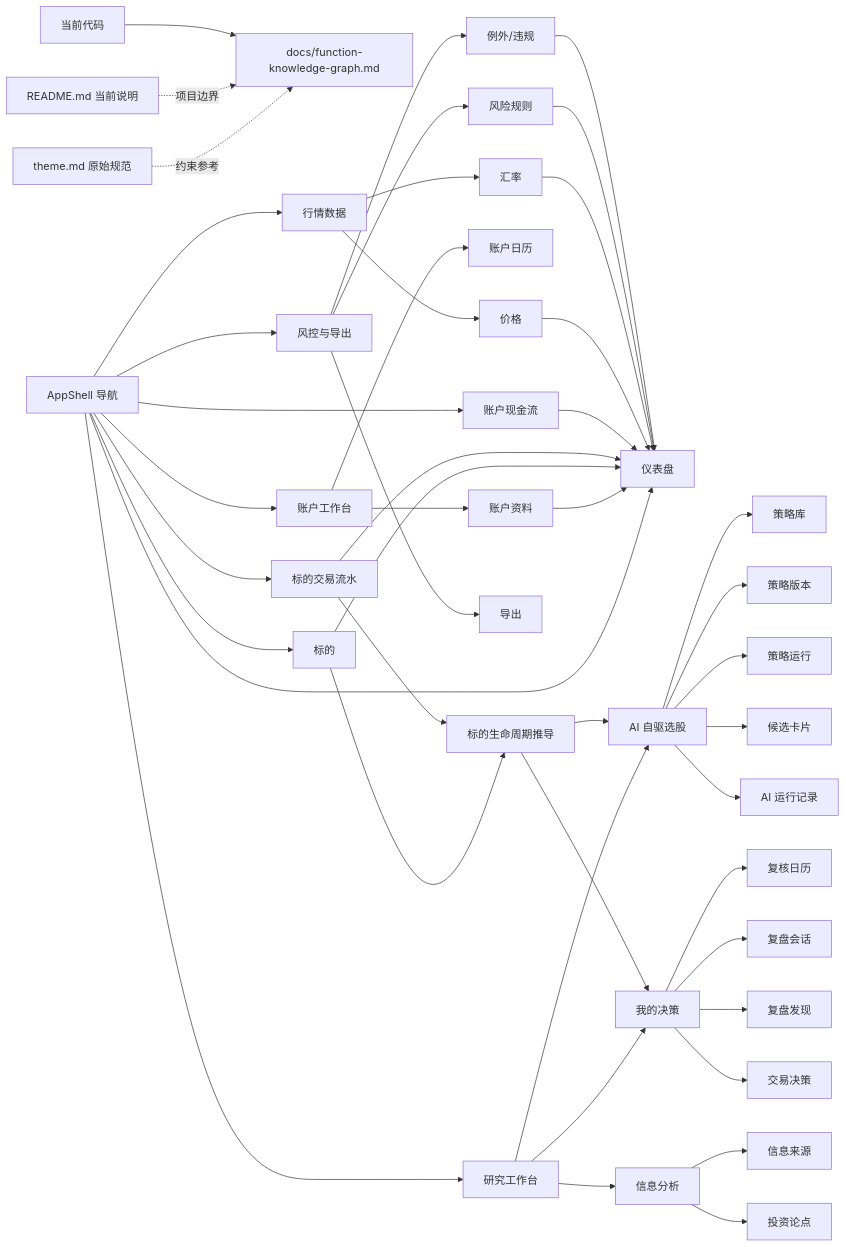
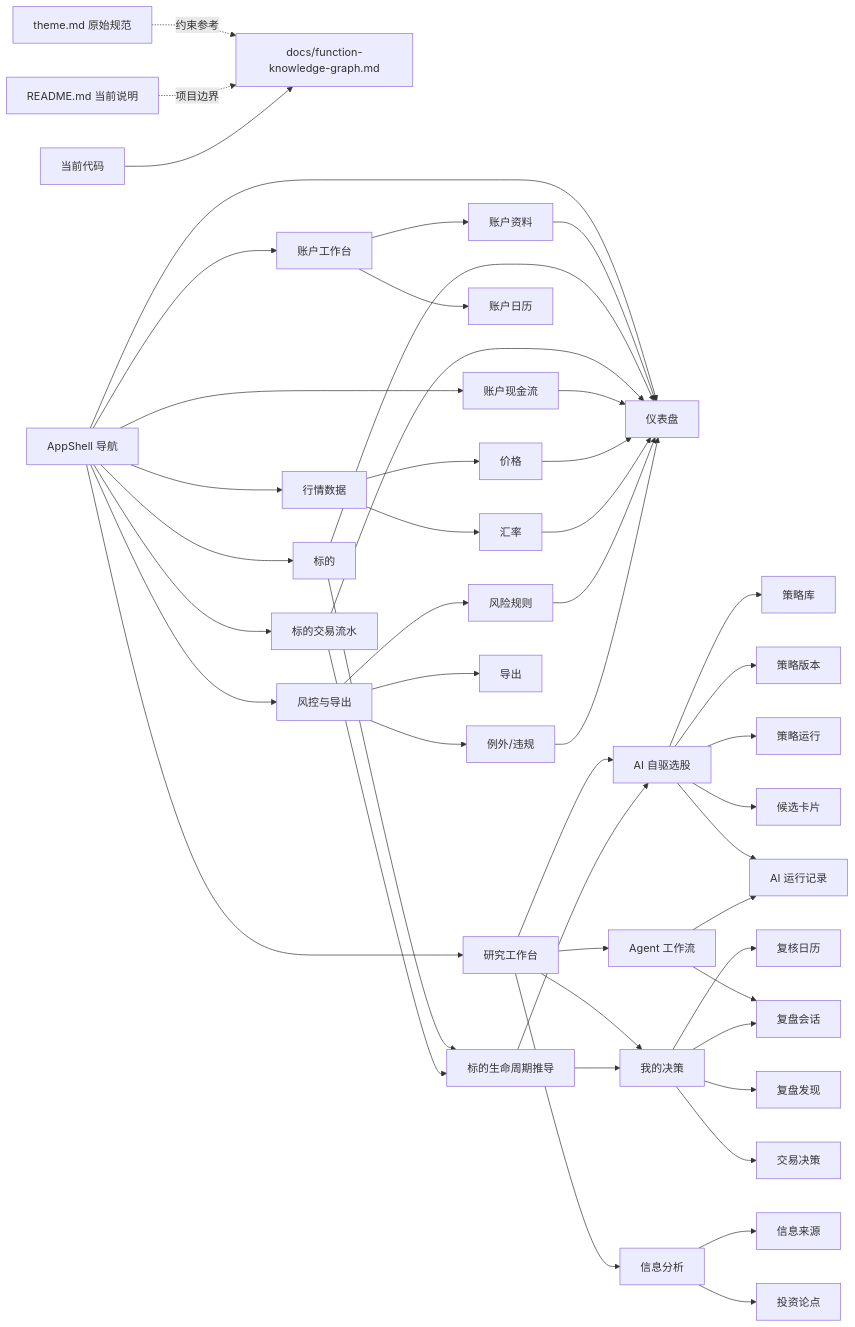
The first of 8 diagrams in docs/function-knowledge-graph.md (wongziu/Personal-Financial-Tools), drawn with Mermaid before and after one commit. The commit also changed other lines of this file and 2 other files, not shown here.

Commit message:
feat: add auditable agent trace review

````diff
--- a/docs/function-knowledge-graph.md
+++ b/docs/function-knowledge-graph.md
@@ -22,50 +22,53 @@
 ```mermaid
 flowchart LR
   Spec["theme.md 原始规范"] -.->|约束参考| Graph["docs/function-knowledge-graph.md"]
   Readme["README.md 当前说明"] -.->|项目边界| Graph
   Code["当前代码"] --> Graph
 
   Shell["AppShell 导航"] --> Dashboard["仪表盘"]
   Shell --> AccountsWs["账户工作台"]
   Shell --> Securities["标的"]
   Shell --> Transactions["标的交易流水"]
   Shell --> Cashflows["账户现金流"]
   Shell --> MarketWs["行情数据"]
   Shell --> ResearchWs["研究工作台"]
   Shell --> GovernanceWs["风控与导出"]
 
   AccountsWs --> Accounts["账户资料"]
   AccountsWs --> AccountCalendar["账户日历"]
   MarketWs --> Prices["价格"]
   MarketWs --> FxRates["汇率"]
   ResearchWs --> InfoAnalysis["信息分析"]
   ResearchWs --> AiPicks["AI 自驱选股"]
   ResearchWs --> MyDecisions["我的决策"]
+  ResearchWs --> AgentWorkflow["Agent 工作流"]
   Securities --> Lifecycle["标的生命周期推导"]
   Transactions --> Lifecycle
   Lifecycle --> AiPicks
   Lifecycle --> MyDecisions
   InfoAnalysis --> Sources["信息来源"]
   InfoAnalysis --> Theses["投资论点"]
   AiPicks --> Strategies["策略库"]
   AiPicks --> StrategyVersions["策略版本"]
   AiPicks --> StrategyRuns["策略运行"]
   AiPicks --> StrategyCandidates["候选卡片"]
   AiPicks --> ResearchRuns["AI 运行记录"]
+  AgentWorkflow --> ResearchRuns
+  AgentWorkflow --> ReviewSessions
   MyDecisions --> ReviewEvents["复核日历"]
   MyDecisions --> ReviewSessions["复盘会话"]
   MyDecisions --> ReviewFindings["复盘发现"]
   MyDecisions --> TradeDecisions["交易决策"]
   GovernanceWs --> RiskRules["风险规则"]
   GovernanceWs --> Exceptions["例外/违规"]
   GovernanceWs --> Export["导出"]
 
   Accounts --> Dashboard
   Securities --> Dashboard
   Transactions --> Dashboard
   Cashflows --> Dashboard
   Prices --> Dashboard
   FxRates --> Dashboard
   RiskRules --> Dashboard
   Exceptions --> Dashboard
 ```
````
